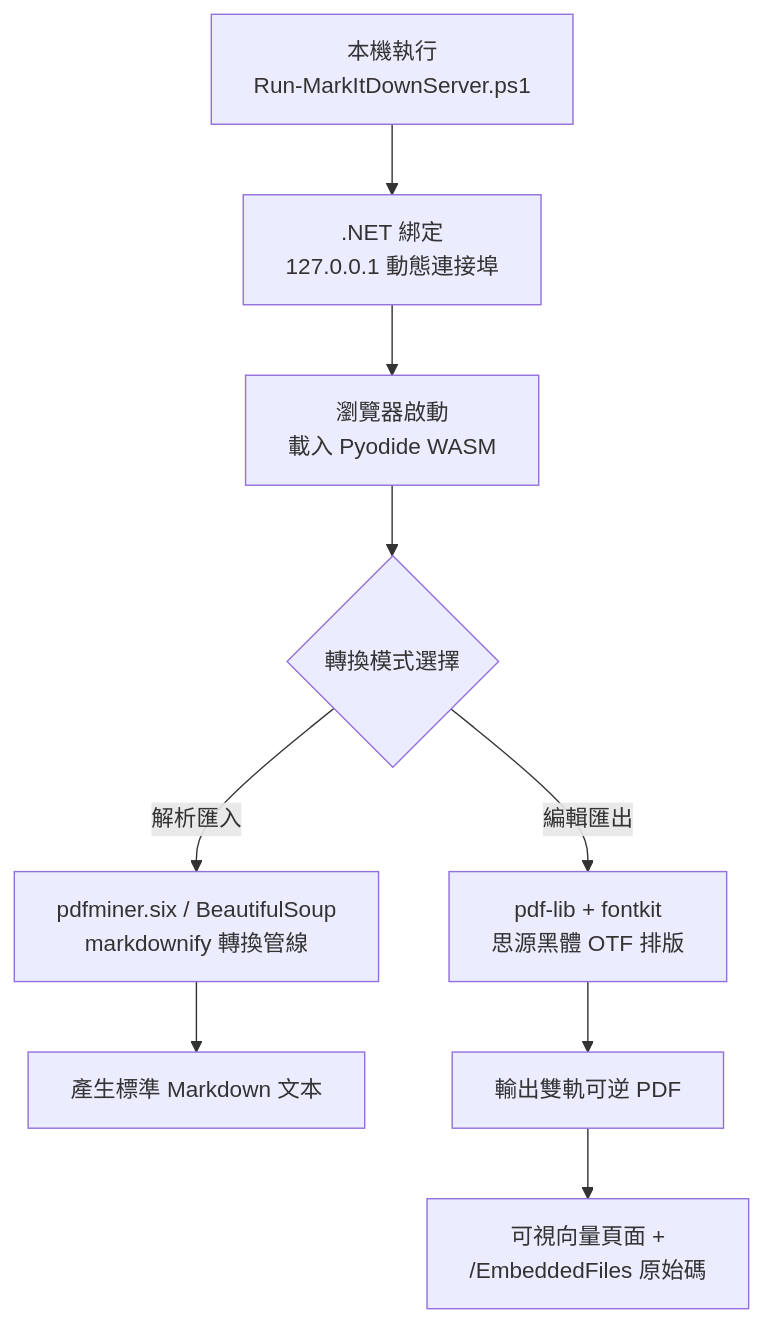
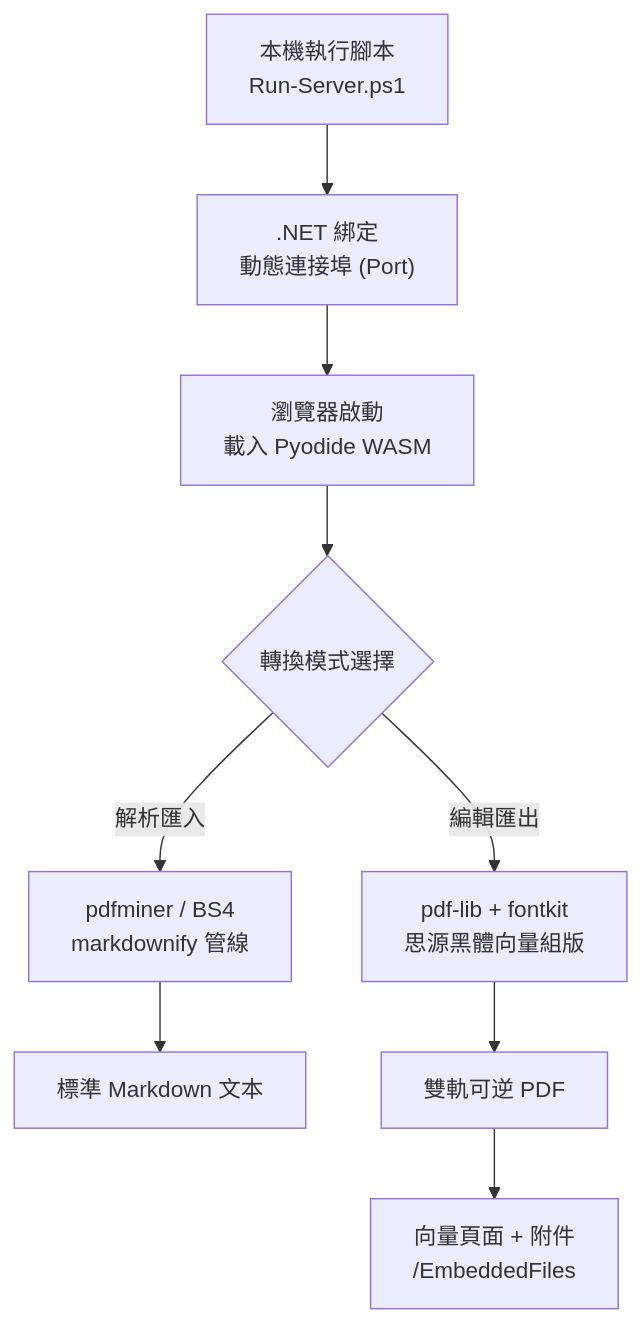
Before and after one commit to ystartgo/MD_exchange: the first of 3 diagrams in README.md, drawn with Mermaid. The commit also changed other lines of this file, not shown here.

````diff
--- a/README.md
+++ b/README.md
@@ -22,11 +22,11 @@
 ```mermaid
 flowchart TD
-    A[本機執行<br/>Run-MarkItDownServer.ps1] --> B[.NET 綁定<br/>127.0.0.1 動態連接埠]
-    B --> C[瀏覽器啟動<br/>載入 Pyodide WASM]
-    C --> D{轉換模式選擇}
-    D -->|解析匯入| E[pdfminer.six / BeautifulSoup<br/>markdownify 轉換管線]
-    D -->|編輯匯出| F[pdf-lib + fontkit<br/>思源黑體 OTF 排版]
-    E --> G[產生標準 Markdown 文本]
-    F --> H[輸出雙軌可逆 PDF]
-    H --> I[可視向量頁面 +<br/>/EmbeddedFiles 原始碼]
+    A["本機執行腳本<br>Run-Server.ps1"] --> B[".NET 綁定<br>動態連接埠 (Port)"]
+    B --> C["瀏覽器啟動<br>載入 Pyodide WASM"]
+    C --> D{"轉換模式選擇"}
+    D -->|解析匯入| E["pdfminer / BS4<br>markdownify 管線"]
+    D -->|編輯匯出| F["pdf-lib + fontkit<br>思源黑體向量組版"]
+    E --> G["標準 Markdown 文本"]
+    F --> H["雙軌可逆 PDF"]
+    H --> I["向量頁面 + 附件<br>/EmbeddedFiles"]
 ```
````
